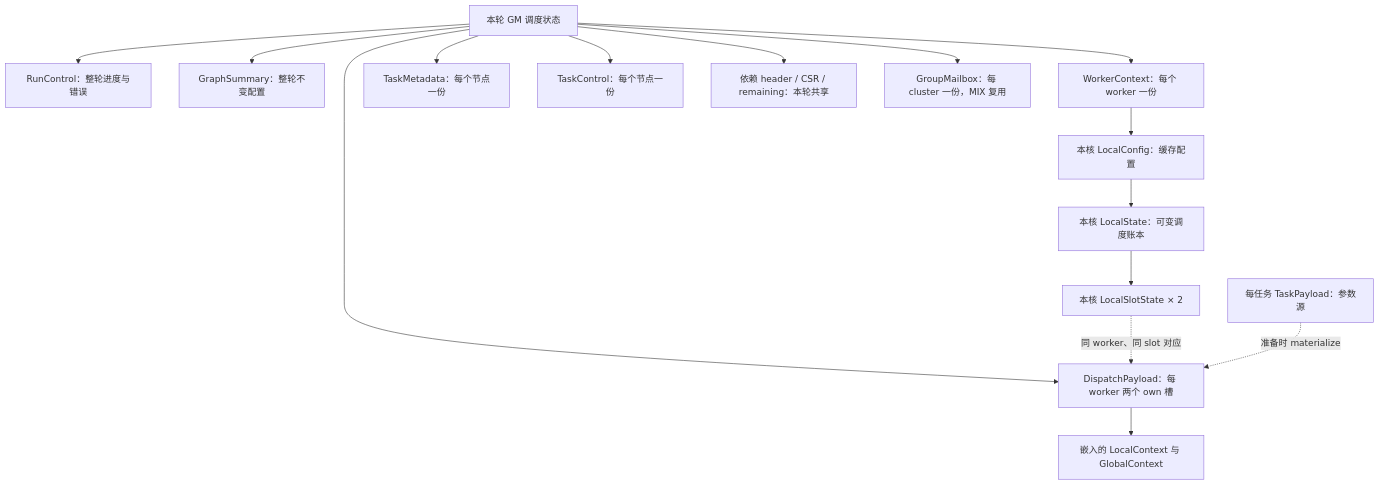
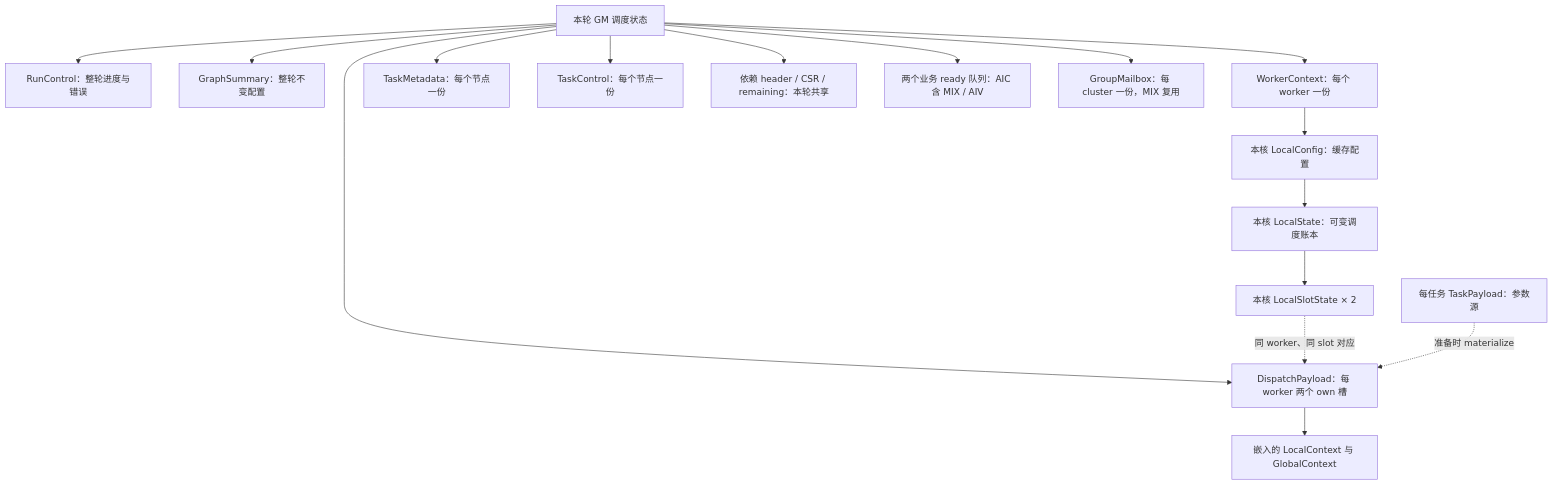
The diagram in docs/zh-cn/a5-hbg-aicore-walkthrough/00-data-structure-scopes.md (hw-native-sys/simpler), drawn with Mermaid before and after one commit. The commit also changed other lines of this file and 80 other files, not shown here.

````diff
--- a/docs/zh-cn/a5-hbg-aicore-walkthrough/00-data-structure-scopes.md
+++ b/docs/zh-cn/a5-hbg-aicore-walkthrough/00-data-structure-scopes.md
@@ -19,18 +19,19 @@
 ```mermaid
 flowchart TD
     R["本轮 GM 调度状态"]
     R --> RC["RunControl：整轮进度与错误"]
     R --> GS["GraphSummary：整轮不变配置"]
     R --> WC["WorkerContext：每个 worker 一份"]
     R --> TM["TaskMetadata：每个节点一份"]
     R --> TC["TaskControl：每个节点一份"]
     R --> DEP["依赖 header / CSR / remaining：本轮共享"]
+    R --> RQ["两个业务 ready 队列：AIC 含 MIX / AIV"]
     R --> DP["DispatchPayload：每 worker 两个 own 槽"]
     R --> MB["GroupMailbox：每 cluster 一份，MIX 复用"]
     WC --> LC["本核 LocalConfig：缓存配置"]
     LC --> LS["本核 LocalState：可变调度账本"]
     LS --> SLOT["本核 LocalSlotState × 2"]
     SLOT -. "同 worker、同 slot 对应" .-> DP
     DP --> CTX["嵌入的 LocalContext 与 GlobalContext"]
     TS["每任务 TaskPayload：参数源"] -. "准备时 materialize" .-> DP
 ```
````
